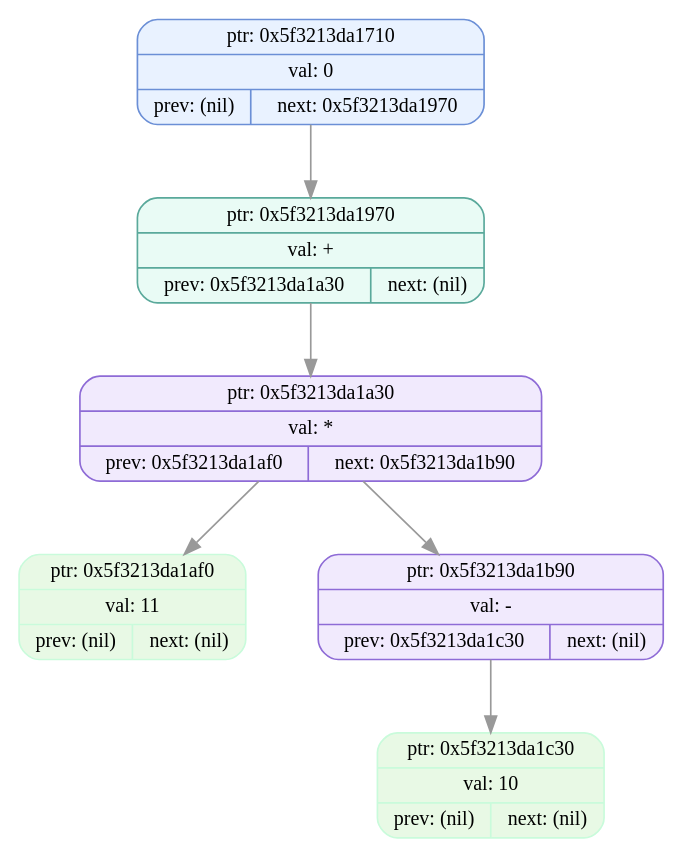
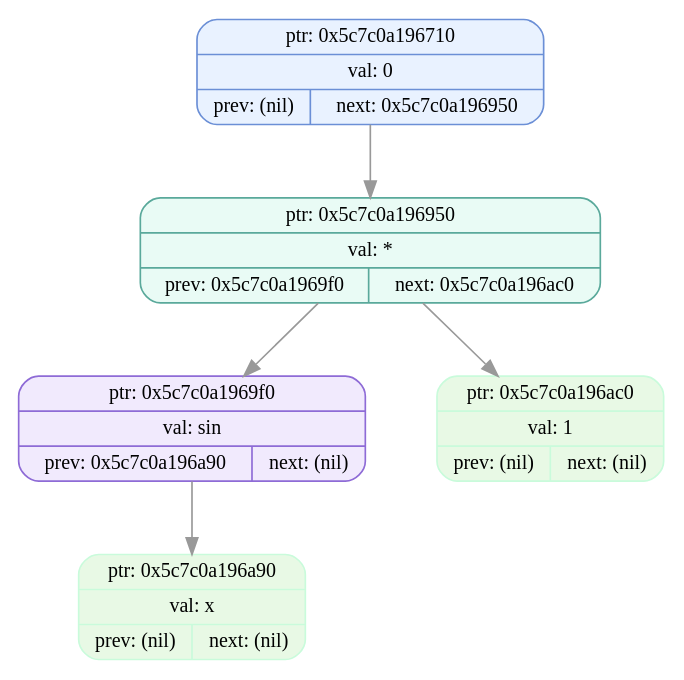
The diagram in dumps/tree_dump_004.dot (EvilTomato9890/Difference), drawn with Graphviz before and after one commit. The commit also changed 34 other files, not shown here.

```diff
--- a/dumps/tree_dump_004.dot
+++ b/dumps/tree_dump_004.dot
@@ -1,15 +1,13 @@
 digraph T{
   node [fontname="Fira Mono",shape=record,style="filled,rounded",fontsize=12];
   graph [splines=true, nodesep=0.6, ranksep=0.6];
-  node_0x5f3213da1710[shape=record,label="{ {ptr: 0x5f3213da1710} | {val: 0} | { prev: (nil) | next: 0x5f3213da1970 } }",color="#6b8fd6",fillcolor="#e9f2ff"];
-  node_0x5f3213da1970[shape=record,label="{ {ptr: 0x5f3213da1970} | {val: +} | { prev: 0x5f3213da1a30 | next: (nil) } }",color="#5aa99b",fillcolor="#e9fbf5"];
-  node_0x5f3213da1a30[shape=record,label="{ {ptr: 0x5f3213da1a30} | {val: *} | { prev: 0x5f3213da1af0 | next: 0x5f3213da1b90 } }",color="#8e6bd6",fillcolor="#f1eafd"];
-  node_0x5f3213da1af0[shape=record,label="{ {ptr: 0x5f3213da1af0} | {val: 11} | { prev: (nil) | next: (nil) } }",color="#c9fbdbff",fillcolor="#e8f9e5ff"];
-  node_0x5f3213da1b90[shape=record,label="{ {ptr: 0x5f3213da1b90} | {val: -} | { prev: 0x5f3213da1c30 | next: (nil) } }",color="#8e6bd6",fillcolor="#f1eafd"];
-  node_0x5f3213da1c30[shape=record,label="{ {ptr: 0x5f3213da1c30} | {val: 10} | { prev: (nil) | next: (nil) } }",color="#c9fbdbff",fillcolor="#e8f9e5ff"];
-  node_0x5f3213da1710 -> node_0x5f3213da1970 [color="#999999"];
-  node_0x5f3213da1970 -> node_0x5f3213da1a30 [color="#999999"];
-  node_0x5f3213da1a30 -> node_0x5f3213da1af0 [color="#999999"];
-  node_0x5f3213da1a30 -> node_0x5f3213da1b90 [color="#999999"];
-  node_0x5f3213da1b90 -> node_0x5f3213da1c30 [color="#999999"];
+  node_0x5c7c0a196710[shape=record,label="{ {ptr: 0x5c7c0a196710} | {val: 0} | { prev: (nil) | next: 0x5c7c0a196950 } }",color="#6b8fd6",fillcolor="#e9f2ff"];
+  node_0x5c7c0a196950[shape=record,label="{ {ptr: 0x5c7c0a196950} | {val: *} | { prev: 0x5c7c0a1969f0 | next: 0x5c7c0a196ac0 } }",color="#5aa99b",fillcolor="#e9fbf5"];
+  node_0x5c7c0a1969f0[shape=record,label="{ {ptr: 0x5c7c0a1969f0} | {val: sin} | { prev: 0x5c7c0a196a90 | next: (nil) } }",color="#8e6bd6",fillcolor="#f1eafd"];
+  node_0x5c7c0a196a90[shape=record,label="{ {ptr: 0x5c7c0a196a90} | {val: x} | { prev: (nil) | next: (nil) } }",color="#c9fbdbff",fillcolor="#e8f9e5ff"];
+  node_0x5c7c0a196ac0[shape=record,label="{ {ptr: 0x5c7c0a196ac0} | {val: 1} | { prev: (nil) | next: (nil) } }",color="#c9fbdbff",fillcolor="#e8f9e5ff"];
+  node_0x5c7c0a196710 -> node_0x5c7c0a196950 [color="#999999"];
+  node_0x5c7c0a196950 -> node_0x5c7c0a1969f0 [color="#999999"];
+  node_0x5c7c0a196950 -> node_0x5c7c0a196ac0 [color="#999999"];
+  node_0x5c7c0a1969f0 -> node_0x5c7c0a196a90 [color="#999999"];
 }
```
